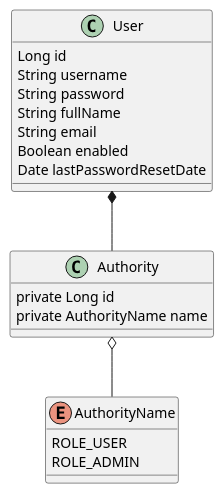
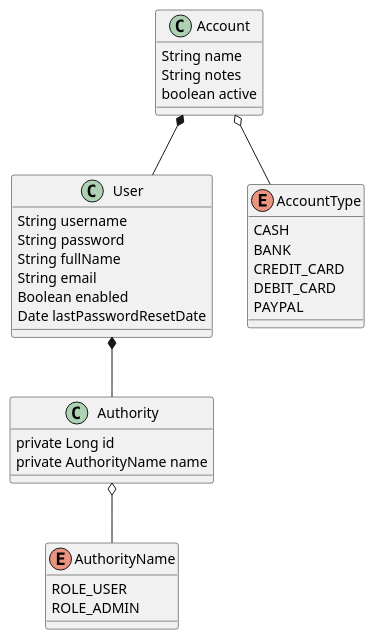
One commit to joserbatista/ExpMan changed the diagram in documentation/classes/class.puml. Above: the diagram before and after it, drawn with PlantUML.

```diff
--- a/documentation/classes/class.puml
+++ b/documentation/classes/class.puml
@@ -1,26 +1,41 @@
 @startuml
 
 class User {
-Long id
 String username
 String password
 String fullName
 String email
 Boolean enabled
 Date lastPasswordResetDate
 }
 
 class Authority {
 private Long id
 private AuthorityName name
 }
 
 enum AuthorityName {
 ROLE_USER
 ROLE_ADMIN
 }
 
 User *-- Authority
 Authority o-- AuthorityName
 
+
+class Account {
+    String name
+    String notes
+    boolean active
+}
+
+enum AccountType {
+    CASH
+    BANK
+    CREDIT_CARD
+    DEBIT_CARD
+    PAYPAL
+}
+Account o-- AccountType
+Account *-- User
 @enduml
```
